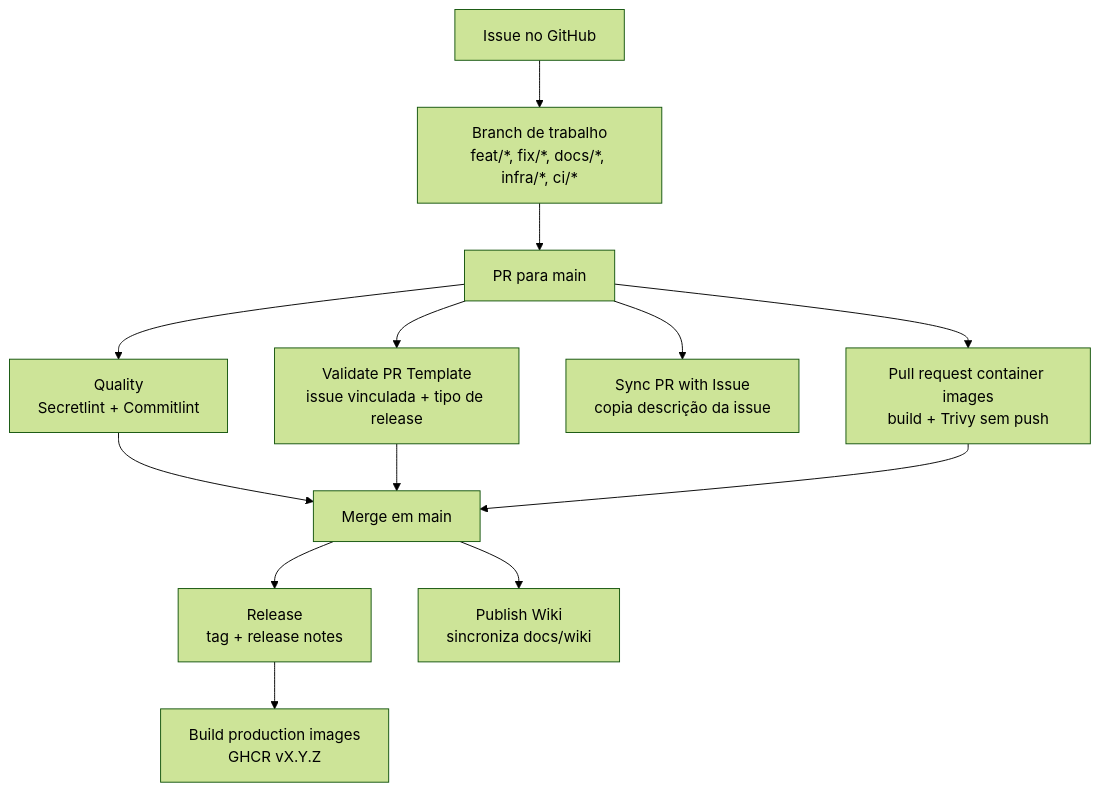
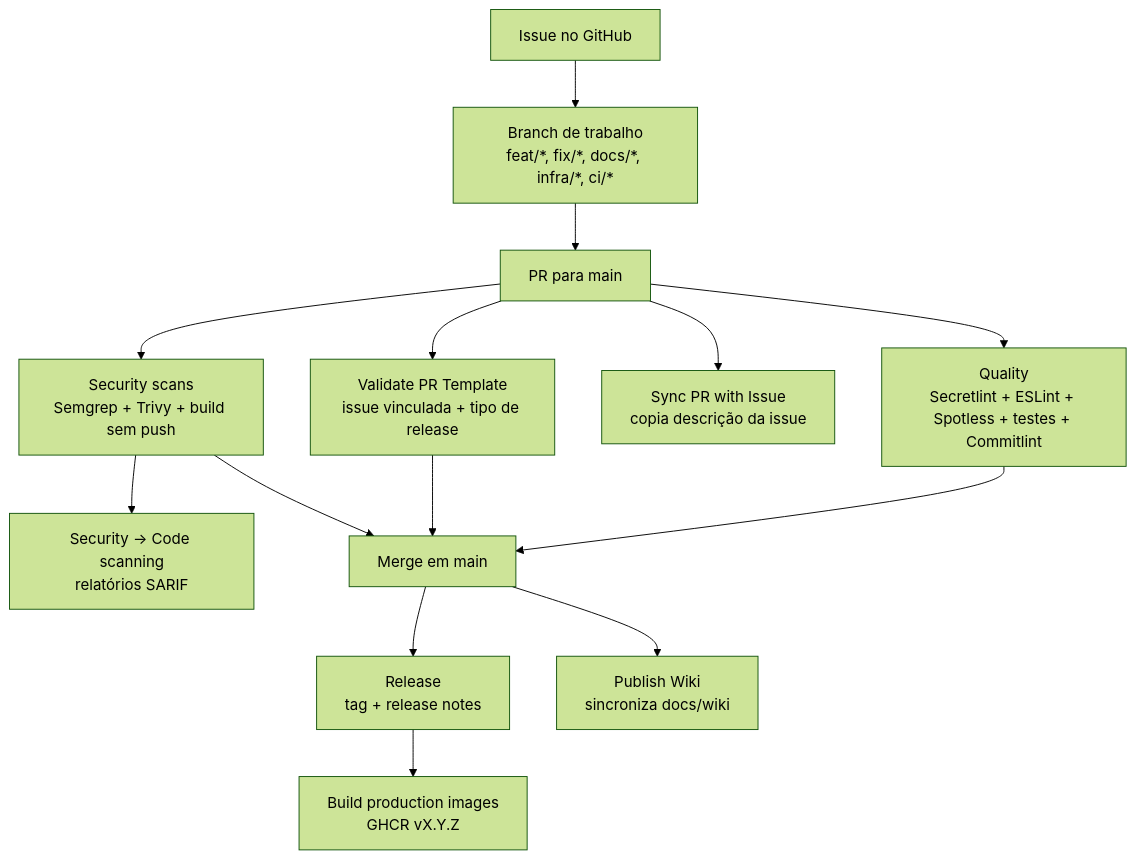
The first of 3 diagrams in docs/wiki/Esteira-de-CI-CD.md (ifpebj-ti/inventario-patrimonio-cces), drawn with Mermaid (forest theme) before and after one commit. The commit also changed other lines of this file and 6 other files, not shown here.

````diff
--- a/docs/wiki/Esteira-de-CI-CD.md
+++ b/docs/wiki/Esteira-de-CI-CD.md
@@ -7,26 +7,28 @@
 ```mermaid
 flowchart TD
     issue["Issue no GitHub"]
     branch["Branch de trabalho<br/>feat/*, fix/*, docs/*, infra/*, ci/*"]
     pr["PR para main"]
-    quality["Quality<br/>Secretlint + Commitlint"]
+    quality["Quality<br/>Secretlint + ESLint + Spotless + testes + Commitlint"]
     prtemplate["Validate PR Template<br/>issue vinculada + tipo de release"]
     syncissue["Sync PR with Issue<br/>copia descrição da issue"]
-    images["Pull request container images<br/>build + Trivy sem push"]
+    security["Security scans<br/>Semgrep + Trivy + build sem push"]
+    codeScanning["Security → Code scanning<br/>relatórios SARIF"]
     merge["Merge em main"]
     release["Release<br/>tag + release notes"]
     prodImages["Build production images<br/>GHCR vX.Y.Z"]
     wiki["Publish Wiki<br/>sincroniza docs/wiki"]
 
     issue --> branch --> pr
     pr --> quality
     pr --> prtemplate
     pr --> syncissue
-    pr --> images
+    pr --> security
     quality --> merge
     prtemplate --> merge
-    images --> merge
+    security --> codeScanning
+    security --> merge
     merge --> release
     merge --> wiki
     release --> prodImages
 ```
````
